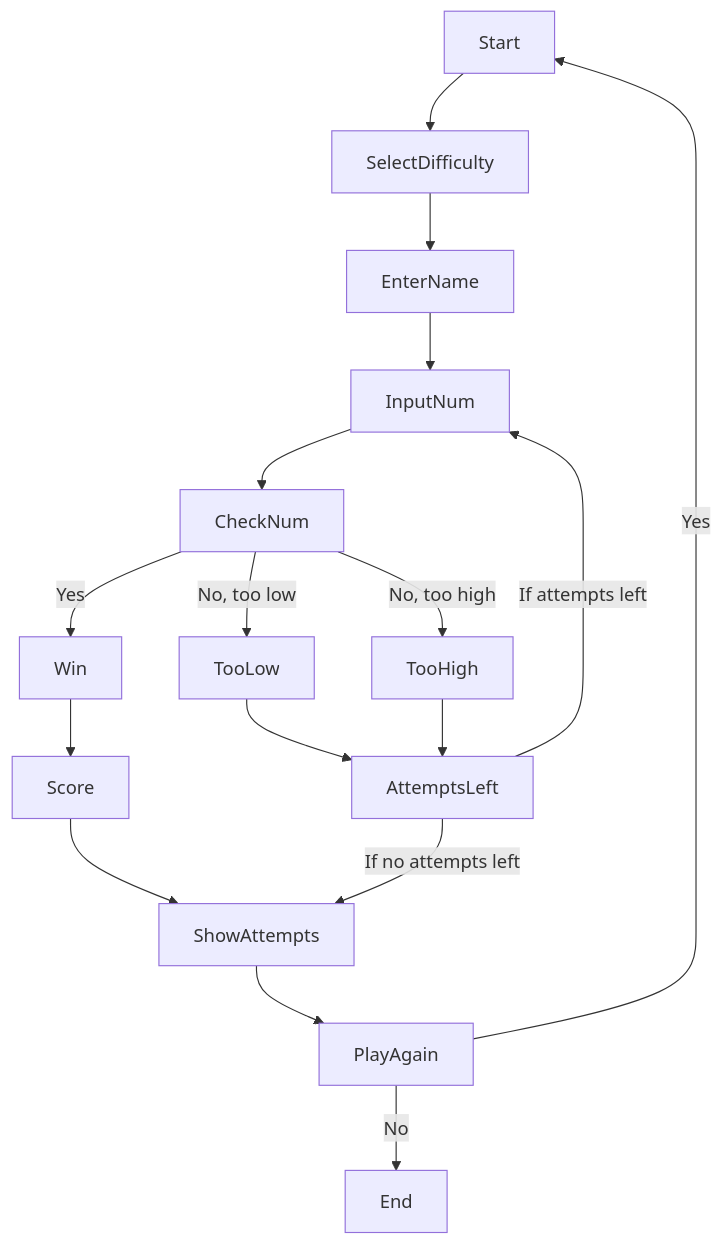
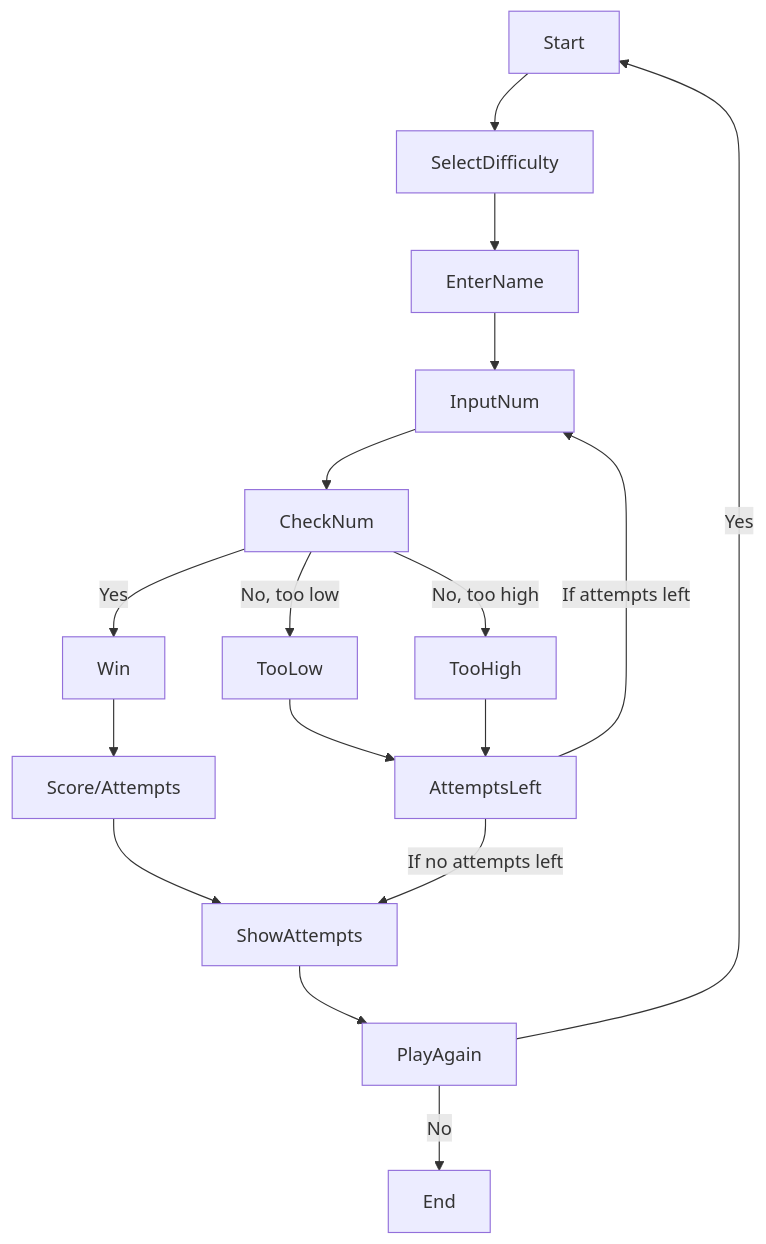
Before and after one commit to arte-y/dev_2024: the first of 2 diagrams in Assignment/01_indovina-numero/README.md, drawn with Mermaid. The commit also changed other lines of this file and 4 other files, not shown here.

````diff
--- a/Assignment/01_indovina-numero/README.md
+++ b/Assignment/01_indovina-numero/README.md
@@ -1059,19 +1059,19 @@
 ``` mermaid
 graph TD
     Start --> SelectDifficulty
     SelectDifficulty --> EnterName
     EnterName --> InputNum
     InputNum --> CheckNum
     CheckNum -- "Yes" --> Win
     CheckNum -- "No, too low" --> TooLow
     CheckNum -- "No, too high" --> TooHigh
     TooLow --> AttemptsLeft
     TooHigh --> AttemptsLeft
     AttemptsLeft --> |"If attempts left"| InputNum
     AttemptsLeft --> |"If no attempts left"| ShowAttempts
-    Win --> Score
-    Score --> ShowAttempts
+    Win --> Score/Attempts
+    Score/Attempts --> ShowAttempts
     ShowAttempts --> PlayAgain
     PlayAgain -- "Yes" --> Start
     PlayAgain -- "No" --> End
 ```
````
